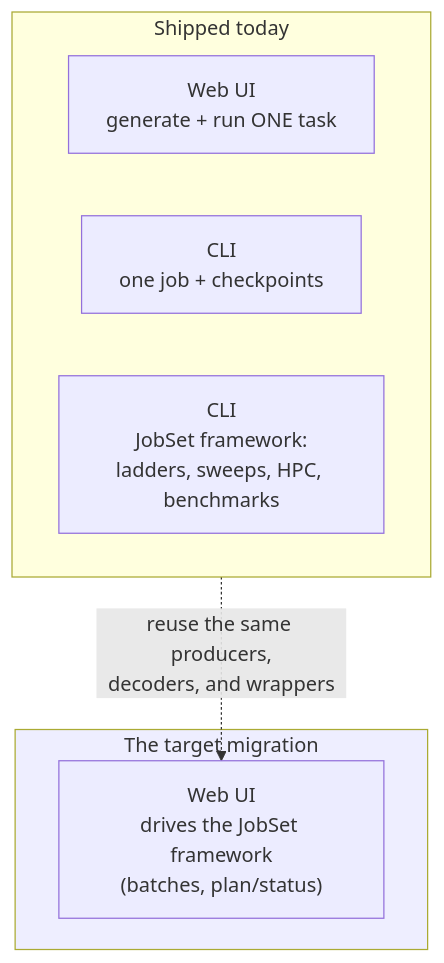
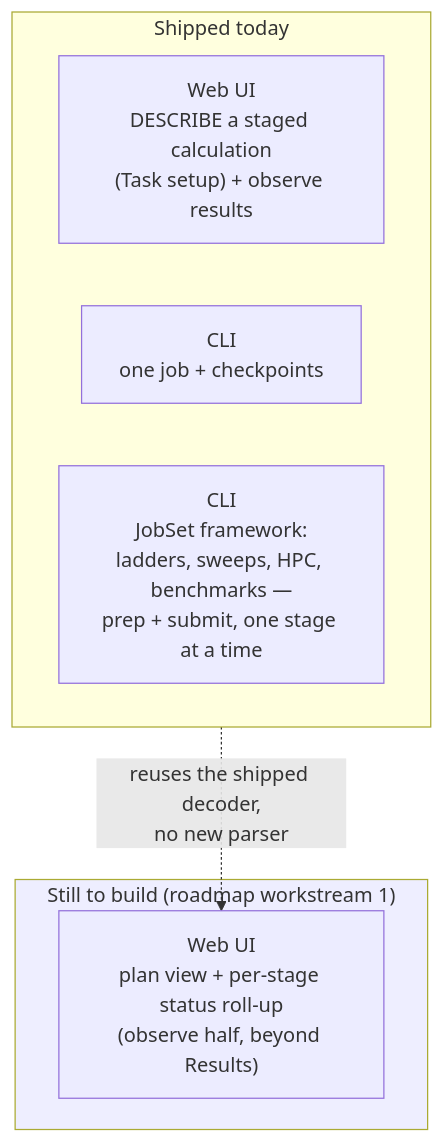
One commit to Qing-LAB/molbuilder changed the second of 2 diagrams in docs/execution/overview.md. Above: the diagram before and after it, drawn with Mermaid. The commit also changed other lines of this file and 24 other files, not shown here.

````diff
--- a/docs/execution/overview.md
+++ b/docs/execution/overview.md
@@ -152,15 +160,15 @@
 ```mermaid
 flowchart TB
     subgraph now["Shipped today"]
       direction LR
-      WS["Web UI<br/>generate + run ONE task"]
+      WD["Web UI<br/>DESCRIBE a staged calculation<br/>(Task setup) + observe results"]
       CS["CLI<br/>one job + checkpoints"]
-      CJ["CLI<br/>JobSet framework:<br/>ladders, sweeps, HPC, benchmarks"]
+      CJ["CLI<br/>JobSet framework:<br/>ladders, sweeps, HPC, benchmarks —<br/>prep + submit, one stage at a time"]
     end
-    subgraph target["The target migration"]
-      WJ["Web UI<br/>drives the JobSet framework<br/>(batches, plan/status)"]
+    subgraph target["Still to build (roadmap workstream 1)"]
+      WJ["Web UI<br/>plan view + per-stage status roll-up<br/>(observe half, beyond Results)"]
     end
-    CJ -. "reuse the same producers,<br/>decoders, and wrappers" .-> WJ
+    CJ -. "reuses the shipped decoder,<br/>no new parser" .-> WJ
     classDef t fill:#eef;
     class target t;
 ```
````
